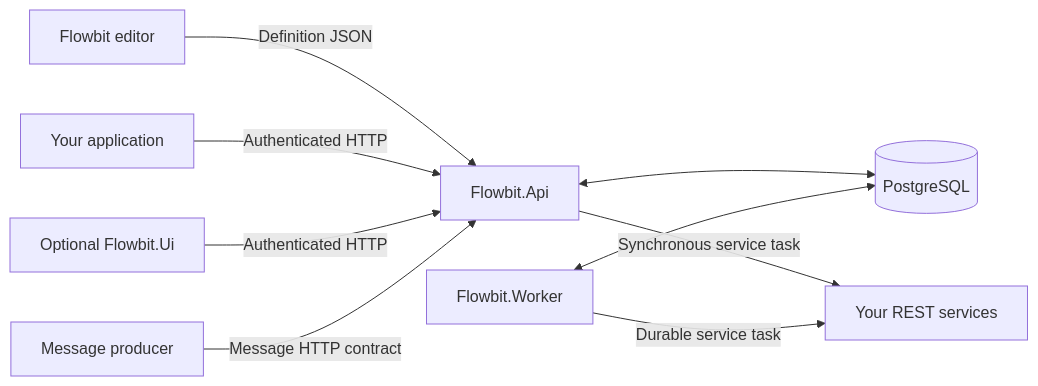
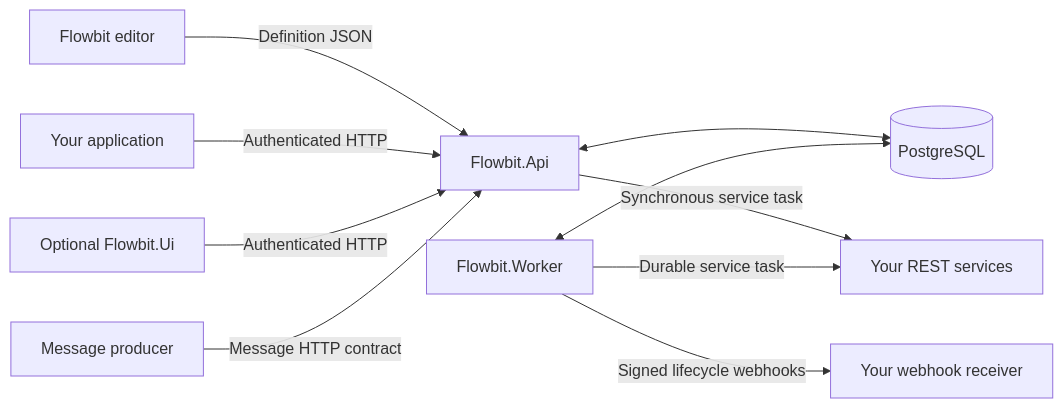
Before and after one commit to sherif-hfm/Flowbit: the diagram in docs/developer-guide.md, drawn with Mermaid. The commit also changed other lines of this file and 81 other files, not shown here.

````diff
--- a/docs/developer-guide.md
+++ b/docs/developer-guide.md
@@ -32,11 +33,12 @@
 ```mermaid
 flowchart LR
     Editor[Flowbit editor] -->|Definition JSON| API[Flowbit.Api]
     App[Your application] -->|Authenticated HTTP| API
     UI[Optional Flowbit.Ui] -->|Authenticated HTTP| API
     Sender[Message producer] -->|Message HTTP contract| API
     API <--> DB[(PostgreSQL)]
     Worker[Flowbit.Worker] <--> DB
     API -->|Synchronous service task| External[Your REST services]
     Worker -->|Durable service task| External
+    Worker -->|Signed lifecycle webhooks| Receiver[Your webhook receiver]
 ```
````
